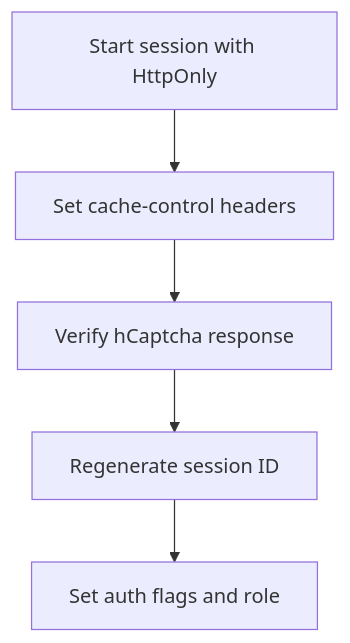
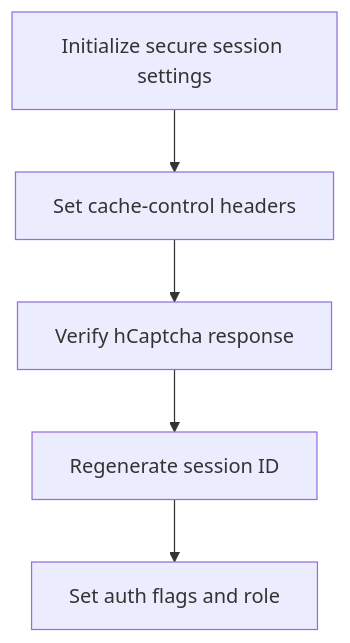
Before and after one commit to dark-coder2025/libsystem: the eighth of 10 diagrams in .qoder/repowiki/en/content/Authentication and Security.md, drawn with Mermaid. The commit also changed other lines of this file and 47 other files, not shown here.

````diff
--- a/.qoder/repowiki/en/content/Authentication and Security.md
+++ b/.qoder/repowiki/en/content/Authentication and Security.md
@@ -261,7 +334,7 @@
 ```mermaid
 flowchart TD
-SessStart["Start session with HttpOnly"] --> AntiCache["Set cache-control headers"]
+SessStart["Initialize secure session settings"] --> AntiCache["Set cache-control headers"]
 AntiCache --> Captcha["Verify hCaptcha response"]
 Captcha --> Regenerate["Regenerate session ID"]
 Regenerate --> SetFlags["Set auth flags and role"]
 ```
````
